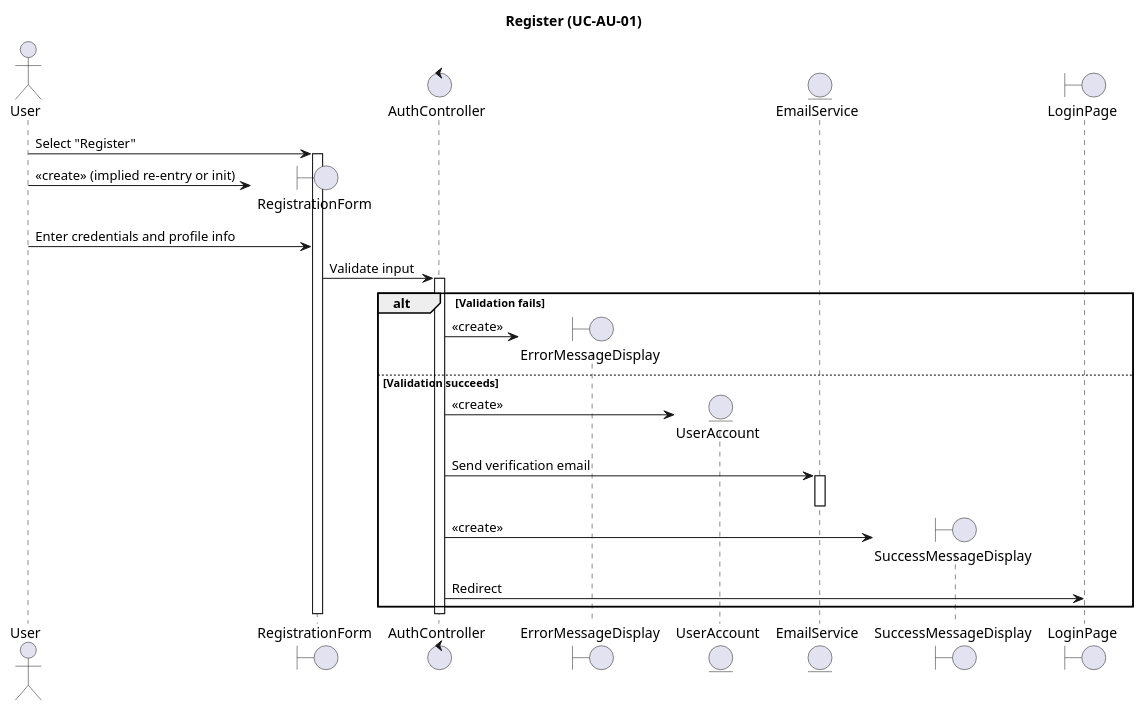
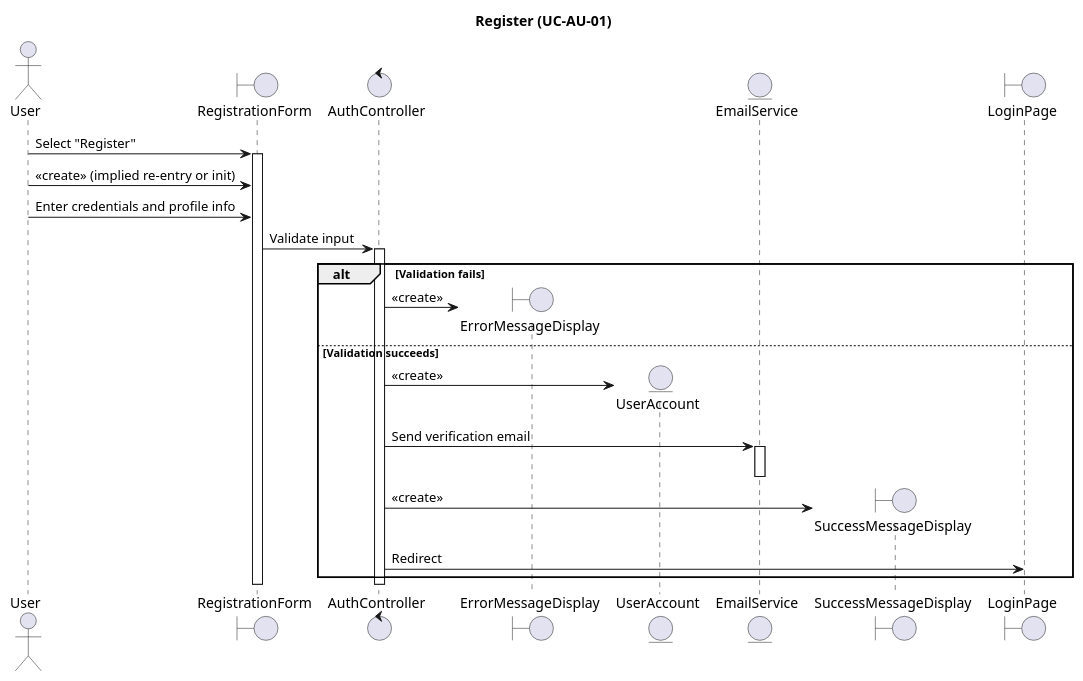
Before and after one commit to thanh309/football-app: diagram 25 of 40 in docs/sequence_diagrams.puml, drawn with PlantUML. The commit also changed other lines of this file, not shown here.

Commit message:
fix: correct sequence diagram flows

```diff
--- a/docs/sequence_diagrams.puml
+++ b/docs/sequence_diagrams.puml
@@ -1148,43 +1148,42 @@
 @startuml
 title Register (UC-AU-01)
 
 actor "User" as User
 boundary "RegistrationForm" as RegistrationForm
 control "AuthController" as AuthController
 boundary "ErrorMessageDisplay" as ErrorMessageDisplay
 entity "UserAccount" as UserAccount
 entity "EmailService" as EmailService
 boundary "SuccessMessageDisplay" as SuccessMessageDisplay
 boundary "LoginPage" as LoginPage
 
 User -> RegistrationForm: Select "Register"
 activate RegistrationForm
 
-create RegistrationForm
 User -> RegistrationForm: <<create>> (implied re-entry or init)
 
 User -> RegistrationForm: Enter credentials and profile info
 RegistrationForm -> AuthController: Validate input
 activate AuthController
 
 alt Validation fails
     create ErrorMessageDisplay
     AuthController -> ErrorMessageDisplay: <<create>>
 else Validation succeeds
     create UserAccount
     AuthController -> UserAccount: <<create>>
     
     AuthController -> EmailService: Send verification email
     activate EmailService
     deactivate EmailService
     
     create SuccessMessageDisplay
     AuthController -> SuccessMessageDisplay: <<create>>
     
     AuthController -> LoginPage: Redirect
 end
 
 deactivate AuthController
 deactivate RegistrationForm
 
 @enduml
```
